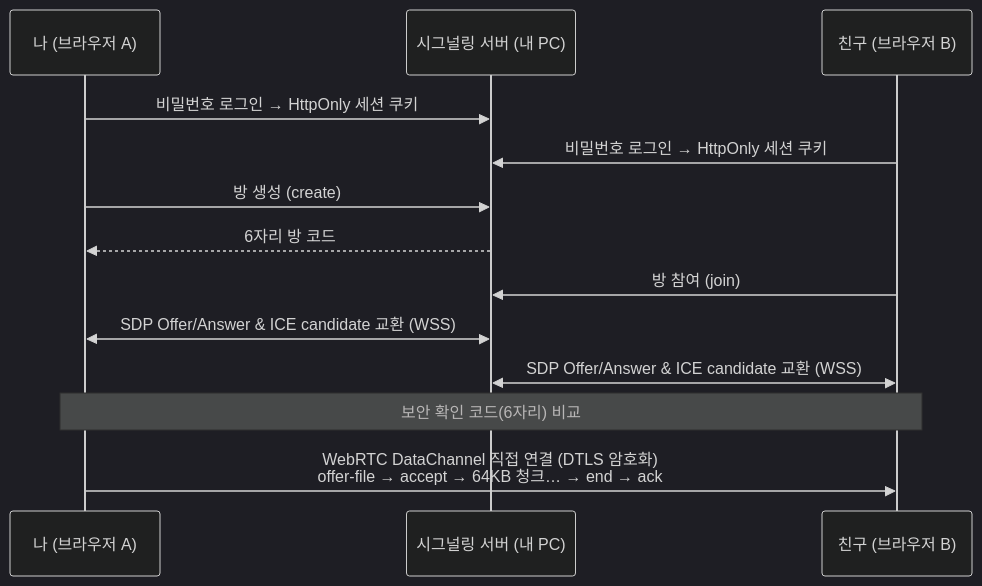
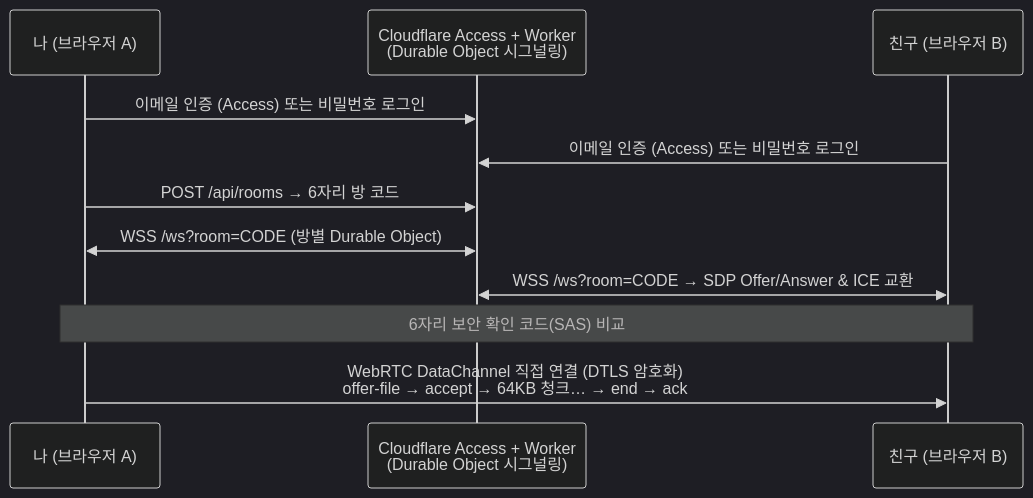
One commit to leekmny/p2p-file-transfer changed the diagram in README.md. Above: the diagram before and after it, drawn with Mermaid (dark theme). The commit also changed other lines of this file and 15 other files, not shown here.

Commit message:
Migrate to Cloudflare Workers + Durable Objects + Access

````diff
--- a/README.md
+++ b/README.md
@@ -23,16 +28,14 @@
 ```mermaid
 sequenceDiagram
   participant A as 나 (브라우저 A)
-  participant S as 시그널링 서버 (내 PC)
+  participant CF as Cloudflare Access + Worker<br/>(Durable Object 시그널링)
   participant B as 친구 (브라우저 B)
 
-  A->>S: 비밀번호 로그인 → HttpOnly 세션 쿠키
-  B->>S: 비밀번호 로그인 → HttpOnly 세션 쿠키
-  A->>S: 방 생성 (create)
-  S-->>A: 6자리 방 코드
-  B->>S: 방 참여 (join)
-  A<<->>S: SDP Offer/Answer & ICE candidate 교환 (WSS)
-  B<<->>S: SDP Offer/Answer & ICE candidate 교환 (WSS)
-  Note over A,B: 보안 확인 코드(6자리) 비교
+  A->>CF: 이메일 인증 (Access) 또는 비밀번호 로그인
+  B->>CF: 이메일 인증 (Access) 또는 비밀번호 로그인
+  A->>CF: POST /api/rooms → 6자리 방 코드
+  A<<->>CF: WSS /ws?room=CODE (방별 Durable Object)
+  B<<->>CF: WSS /ws?room=CODE → SDP Offer/Answer & ICE 교환
+  Note over A,B: 6자리 보안 확인 코드(SAS) 비교
   A->>B: WebRTC DataChannel 직접 연결 (DTLS 암호화)<br/>offer-file → accept → 64KB 청크… → end → ack
 ```
````
